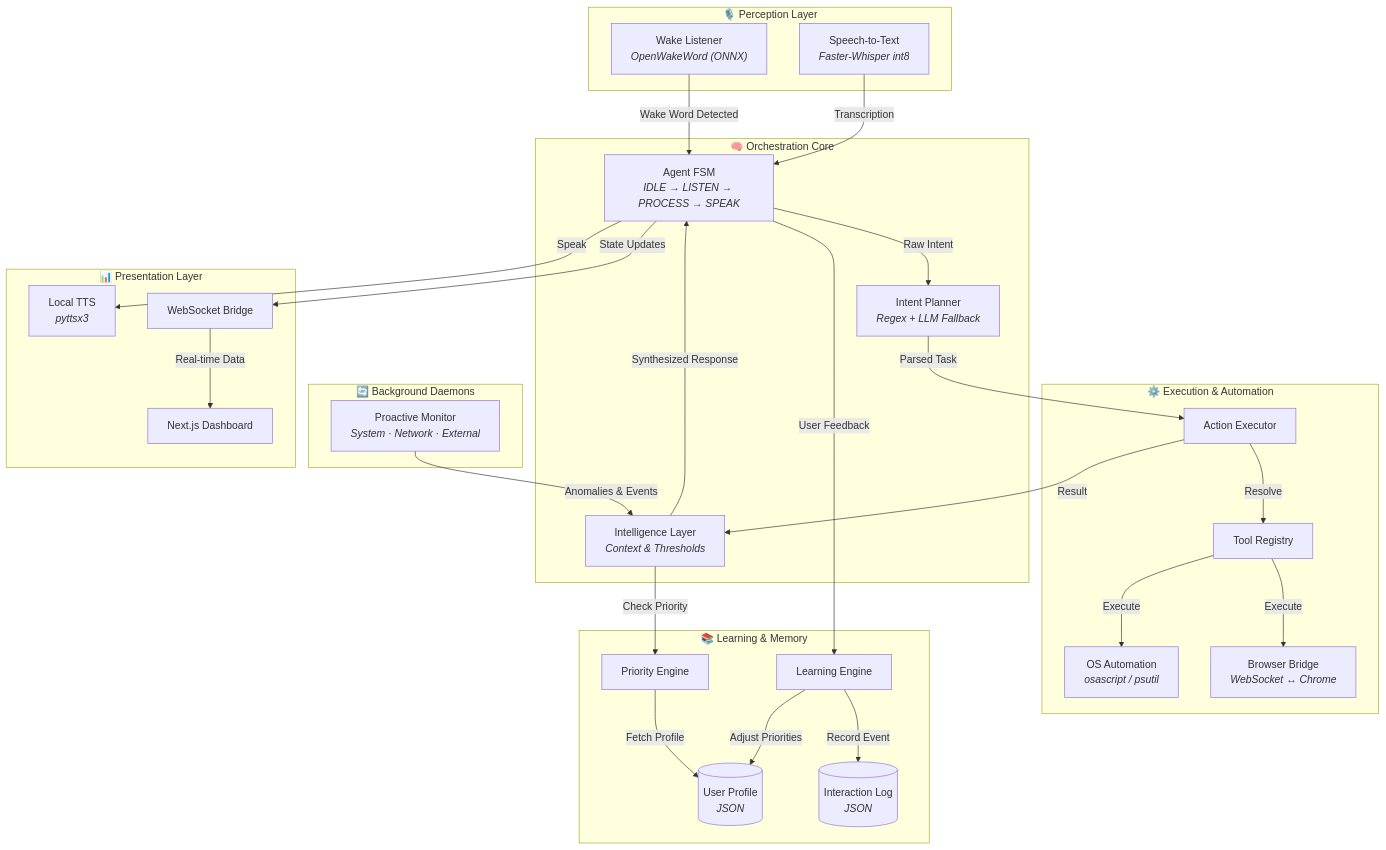
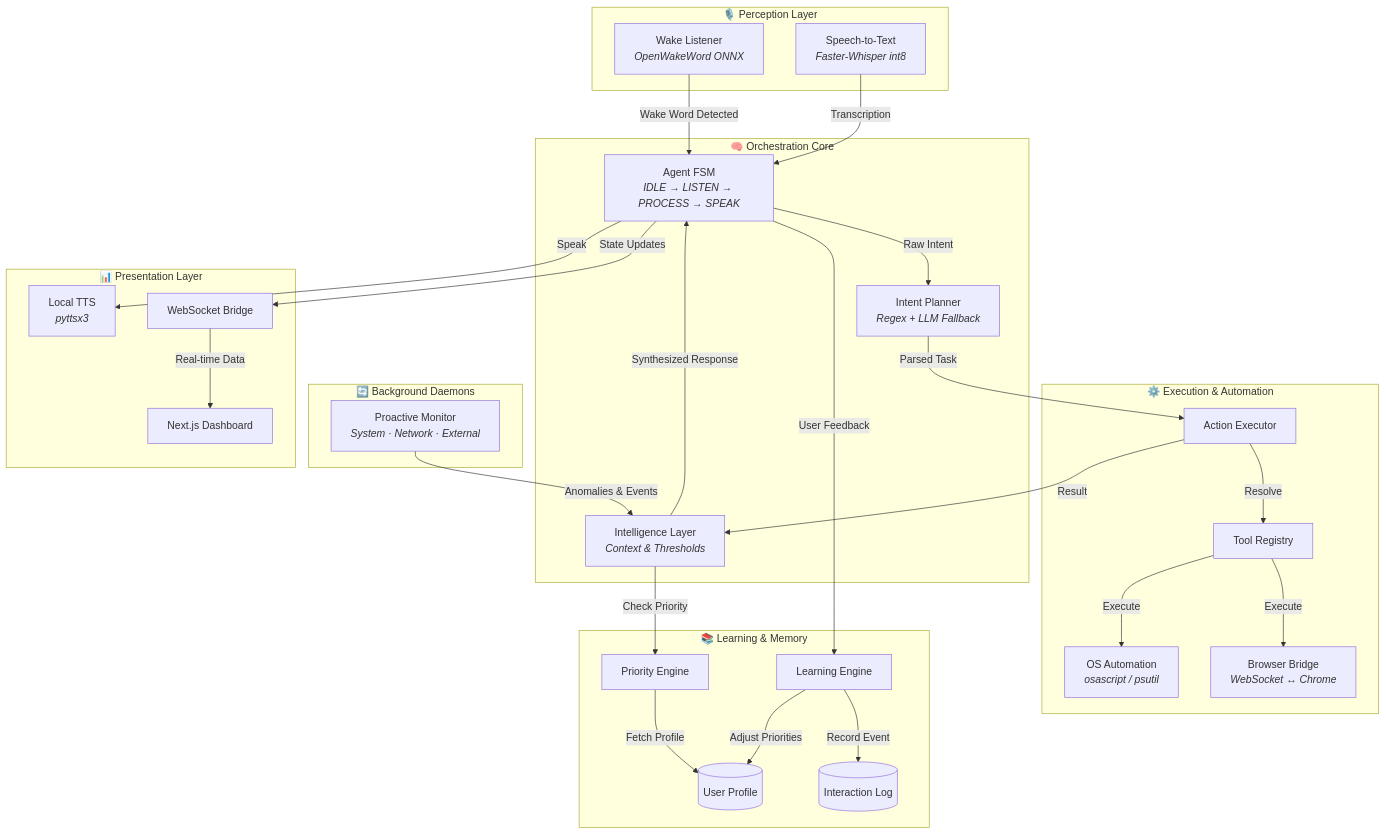
The first of 10 diagrams in README.md (Rexy-5097/Raptor-AI), drawn with Mermaid before and after one commit. The commit also changed other lines of this file and 1 other file, not shown here.

First line of the commit message:
Add comprehensive Mermaid diagrams and visual documentation

````diff
--- a/README.md
+++ b/README.md
@@ -62,67 +67,56 @@
 ```mermaid
 graph TD
     subgraph Perception["🎙️ Perception Layer"]
-        WL["Wake Listener<br/><i>OpenWakeWord (ONNX)</i>"]
+        WL["Wake Listener<br/><i>OpenWakeWord ONNX</i>"]
         STT["Speech-to-Text<br/><i>Faster-Whisper int8</i>"]
     end
 
     subgraph Orchestration["🧠 Orchestration Core"]
         Agent["Agent FSM<br/><i>IDLE → LISTEN → PROCESS → SPEAK</i>"]
         Planner["Intent Planner<br/><i>Regex + LLM Fallback</i>"]
         Intel["Intelligence Layer<br/><i>Context & Thresholds</i>"]
     end
 
     subgraph Execution["⚙️ Execution & Automation"]
         Exec["Action Executor"]
         TR["Tool Registry"]
         OS["OS Automation<br/><i>osascript / psutil</i>"]
         Browser["Browser Bridge<br/><i>WebSocket ↔ Chrome</i>"]
     end
 
     subgraph Daemons["🔄 Background Daemons"]
         Monitor["Proactive Monitor<br/><i>System · Network · External</i>"]
     end
 
     subgraph Learning["📚 Learning & Memory"]
         PE["Priority Engine"]
         LE["Learning Engine"]
-        UP[("User Profile<br/><i>JSON</i>")]
-        Log[("Interaction Log<br/><i>JSON</i>")]
+        UP[("User Profile")]
+        Log[("Interaction Log")]
     end
 
     subgraph Presentation["📊 Presentation Layer"]
         TTS["Local TTS<br/><i>pyttsx3</i>"]
         WS["WebSocket Bridge"]
         Dash["Next.js Dashboard"]
     end
 
-    %% Perception → Orchestration
     WL -- "Wake Word Detected" --> Agent
     STT -- "Transcription" --> Agent
-
-    %% Orchestration → Execution
     Agent -- "Raw Intent" --> Planner
     Planner -- "Parsed Task" --> Exec
     Exec -- "Resolve" --> TR
     TR -- "Execute" --> OS
     TR -- "Execute" --> Browser
-
-    %% Execution → Intelligence
     Exec -- "Result" --> Intel
     Intel -- "Synthesized Response" --> Agent
-
-    %% Daemons → Intelligence
     Monitor -- "Anomalies & Events" --> Intel
     Intel -- "Check Priority" --> PE
     PE -- "Fetch Profile" --> UP
-
-    %% Presentation
     Agent -- "State Updates" --> WS
     WS -- "Real-time Data" --> Dash
     Agent -- "Speak" --> TTS
-
-    %% Learning Loop
     Agent -- "User Feedback" --> LE
     LE -- "Adjust Priorities" --> UP
     LE -- "Record Event" --> Log
 ```
````
